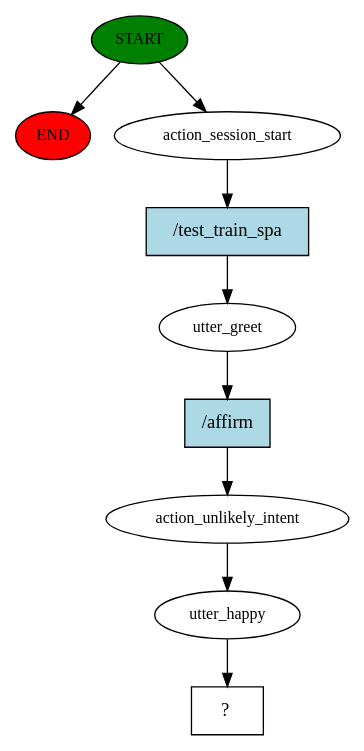
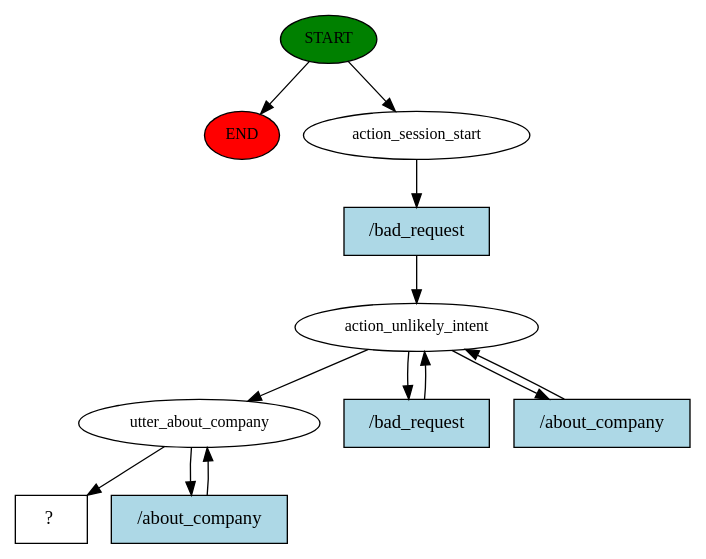
Before and after one commit to AlejandroChitivaC/BotPythonRasa: the diagram in story_graph.dot, drawn with Graphviz. The commit also changed 515 other files, not shown here.

```diff
--- a/story_graph.dot
+++ b/story_graph.dot
@@ -1,19 +1,24 @@
 digraph  {
 0 [class="start active", fillcolor=green, fontsize=12, label=START, style=filled];
 "-1" [class=end, fillcolor=red, fontsize=12, label=END, style=filled];
 1 [class=active, fontsize=12, label=action_session_start];
-2 [class=active, fontsize=12, label=utter_greet];
-3 [class=active, fontsize=12, label=action_unlikely_intent];
-4 [class=active, fontsize=12, label=utter_happy];
-5 [class="intent dashed active", label="  ?  ", shape=rect];
-6 [class="intent active", fillcolor=lightblue, label="/test_train_spa", shape=rect, style=filled];
-7 [class="intent active", fillcolor=lightblue, label="/affirm", shape=rect, style=filled];
+2 [class=active, fontsize=12, label=action_unlikely_intent];
+6 [class=active, fontsize=12, label=utter_about_company];
+10 [class="intent dashed active", label="  ?  ", shape=rect];
+11 [class="intent active", fillcolor=lightblue, label="/bad_request", shape=rect, style=filled];
+12 [class="intent active", fillcolor=lightblue, label="/bad_request", shape=rect, style=filled];
+13 [class="intent active", fillcolor=lightblue, label="/about_company", shape=rect, style=filled];
+14 [class="intent active", fillcolor=lightblue, label="/about_company", shape=rect, style=filled];
 0 -> "-1"  [class="", key=NONE, label=""];
 0 -> 1  [class=active, key=NONE, label=""];
-1 -> 6  [class=active, key=0];
-2 -> 7  [class=active, key=0];
-3 -> 4  [class=active, key=NONE, label=""];
-4 -> 5  [class=active, key=NONE, label=""];
-6 -> 2  [class=active, key=0];
-7 -> 3  [class=active, key=0];
+1 -> 11  [class=active, key=0];
+2 -> 6  [class=active, key=NONE, label=""];
+2 -> 12  [class=active, key=0];
+2 -> 13  [class=active, key=0];
+6 -> 10  [class=active, key=NONE, label=""];
+6 -> 14  [class=active, key=0];
+11 -> 2  [class=active, key=0];
+12 -> 2  [class=active, key=0];
+13 -> 2  [class=active, key=0];
+14 -> 6  [class=active, key=0];
 }
```
